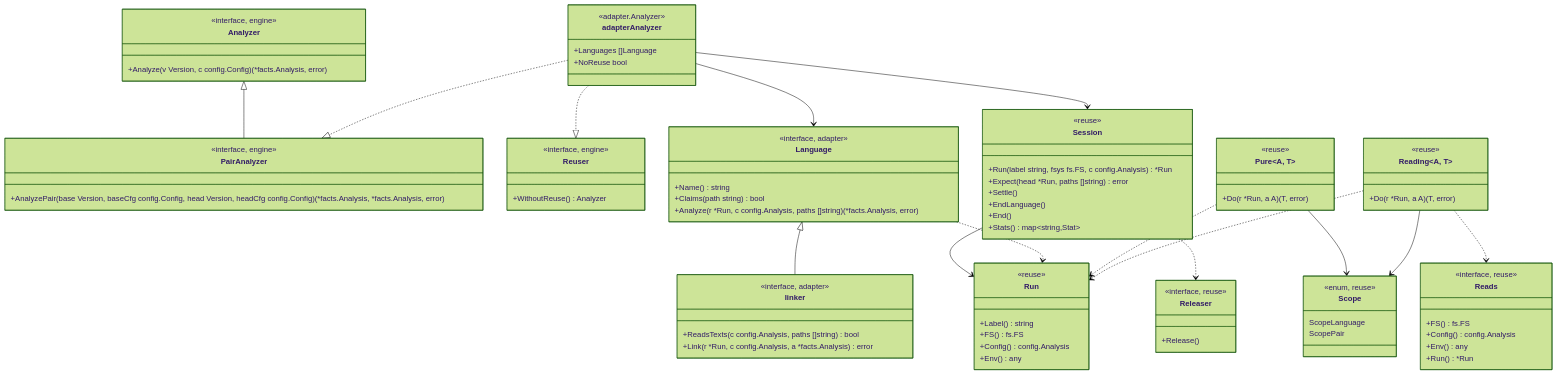
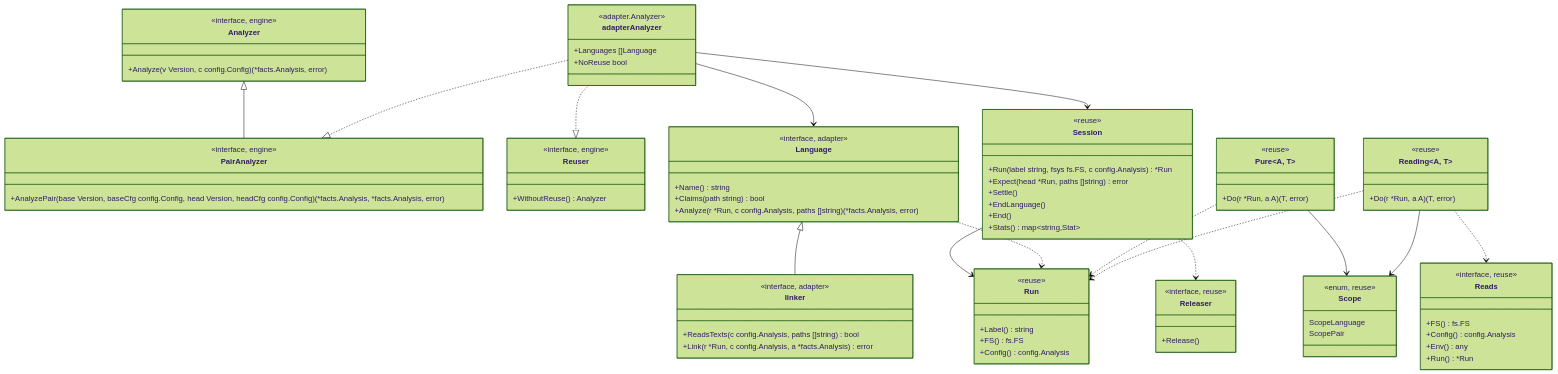
The second of 2 diagrams in docs/design/analysis-reuse.ja.md (rerorets/hadome), drawn with Mermaid (forest theme) before and after one commit. The commit also changed other lines of this file and 20 other files, not shown here.

```diff
--- a/docs/design/analysis-reuse.ja.md
+++ b/docs/design/analysis-reuse.ja.md
@@ -318,7 +318,6 @@
     +Label() string
     +FS() fs.FS
     +Config() config.Analysis
-    +Env() any
   }
   class Pure~A, T~ {
     <<reuse>>
```
